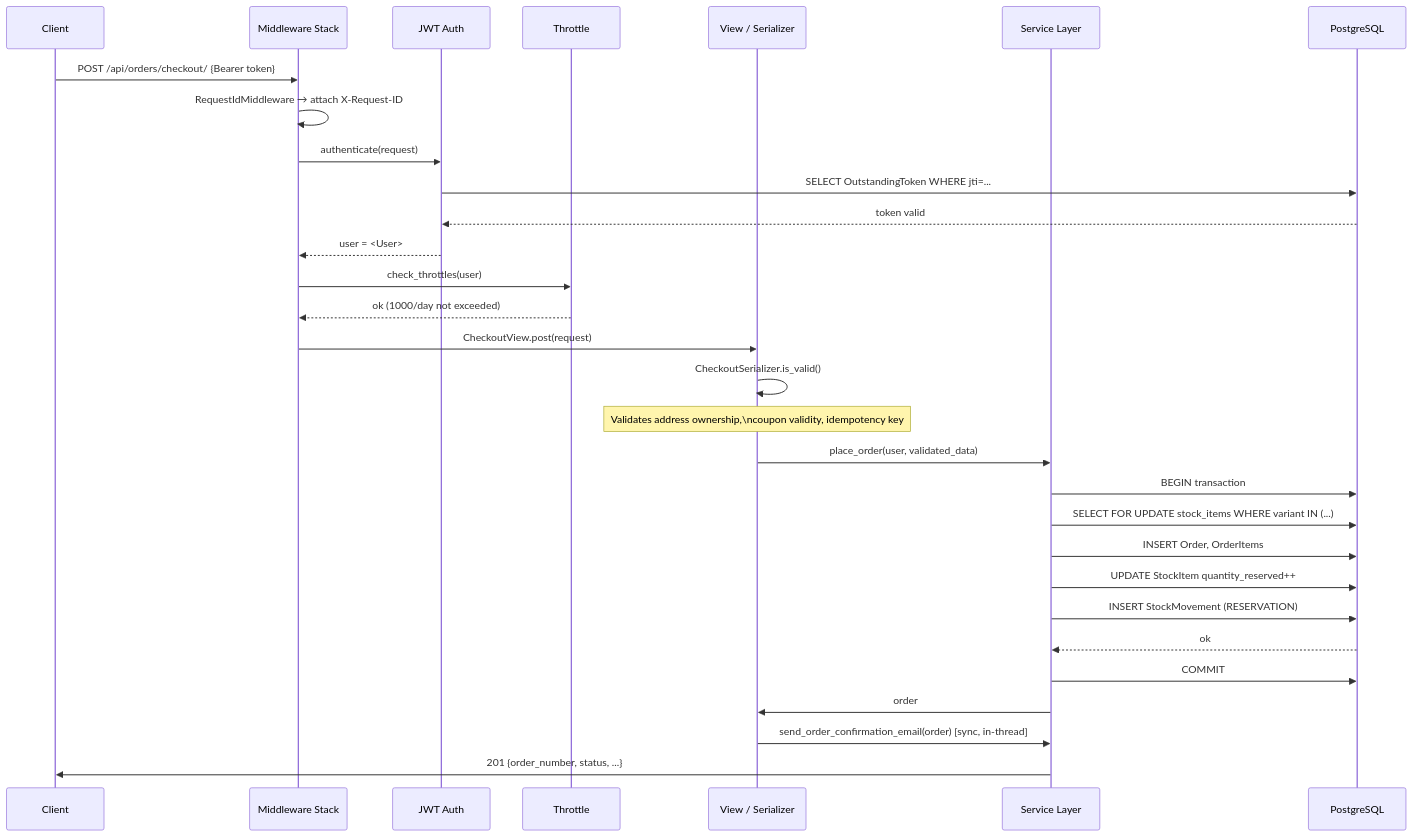
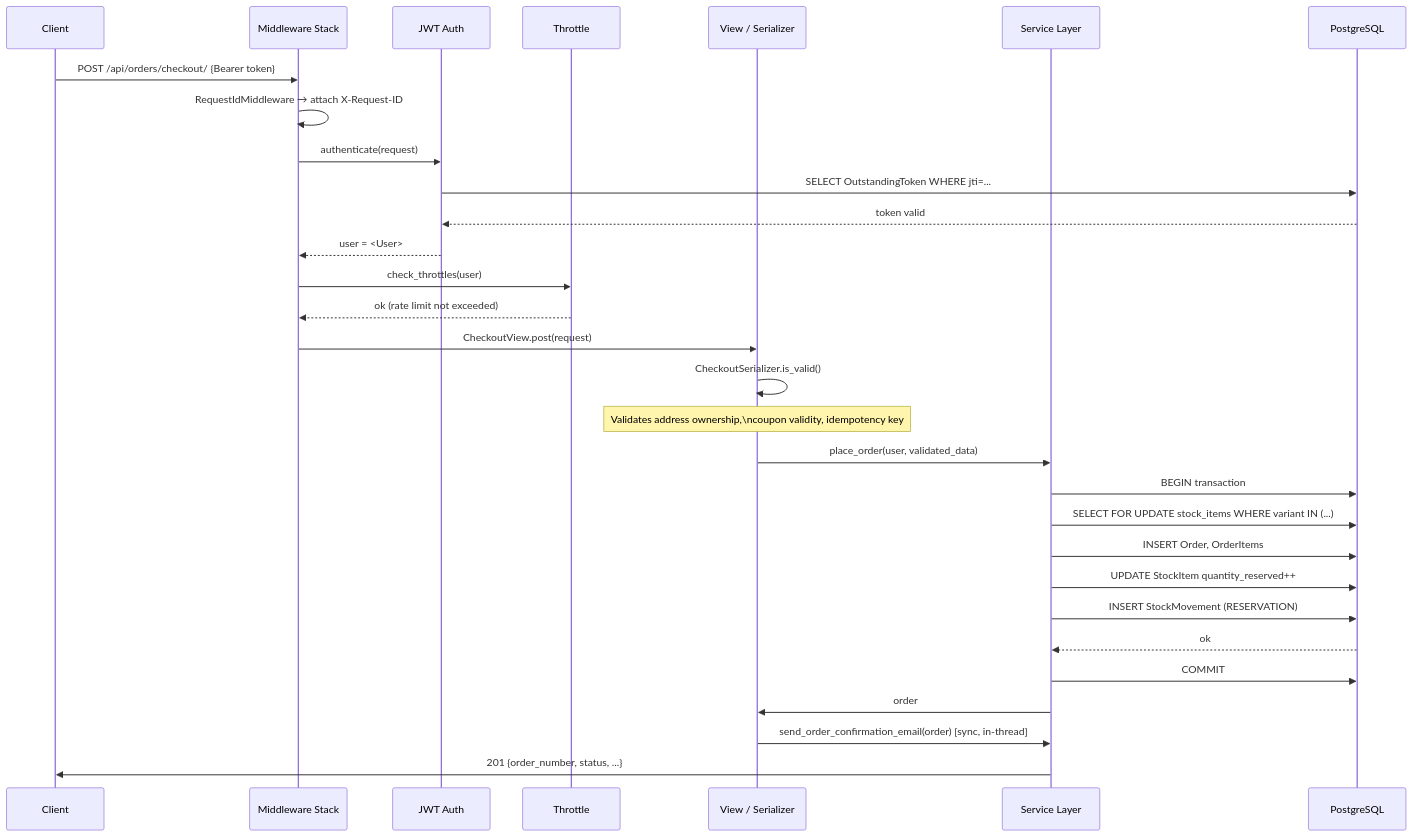
The third of 7 diagrams in docs/ARCHITECTURE.md (Badhon010/Shopcore), drawn with Mermaid before and after one commit. The commit also changed 151 other files, not shown here.

````diff
--- a/docs/ARCHITECTURE.md
+++ b/docs/ARCHITECTURE.md
@@ -93,33 +93,33 @@
 ```mermaid
 sequenceDiagram
     participant C as Client
     participant MW as Middleware Stack
     participant Auth as JWT Auth
     participant Throttle as Throttle
     participant View as View / Serializer
     participant Service as Service Layer
     participant DB as PostgreSQL
 
     C->>MW: POST /api/orders/checkout/ {Bearer token}
     MW->>MW: RequestIdMiddleware → attach X-Request-ID
     MW->>Auth: authenticate(request)
     Auth->>DB: SELECT OutstandingToken WHERE jti=...
     DB-->>Auth: token valid
     Auth-->>MW: user = <User>
     MW->>Throttle: check_throttles(user)
-    Throttle-->>MW: ok (1000/day not exceeded)
+    Throttle-->>MW: ok (rate limit not exceeded)
     MW->>View: CheckoutView.post(request)
     View->>View: CheckoutSerializer.is_valid()
     Note over View: Validates address ownership,\ncoupon validity, idempotency key
     View->>Service: place_order(user, validated_data)
     Service->>DB: BEGIN transaction
     Service->>DB: SELECT FOR UPDATE stock_items WHERE variant IN (...)
     Service->>DB: INSERT Order, OrderItems
     Service->>DB: UPDATE StockItem quantity_reserved++
     Service->>DB: INSERT StockMovement (RESERVATION)
     DB-->>Service: ok
     Service->>DB: COMMIT
     Service->>View: order
     View->>Service: send_order_confirmation_email(order) [sync, in-thread]
     Service->>C: 201 {order_number, status, ...}
 ```
````
